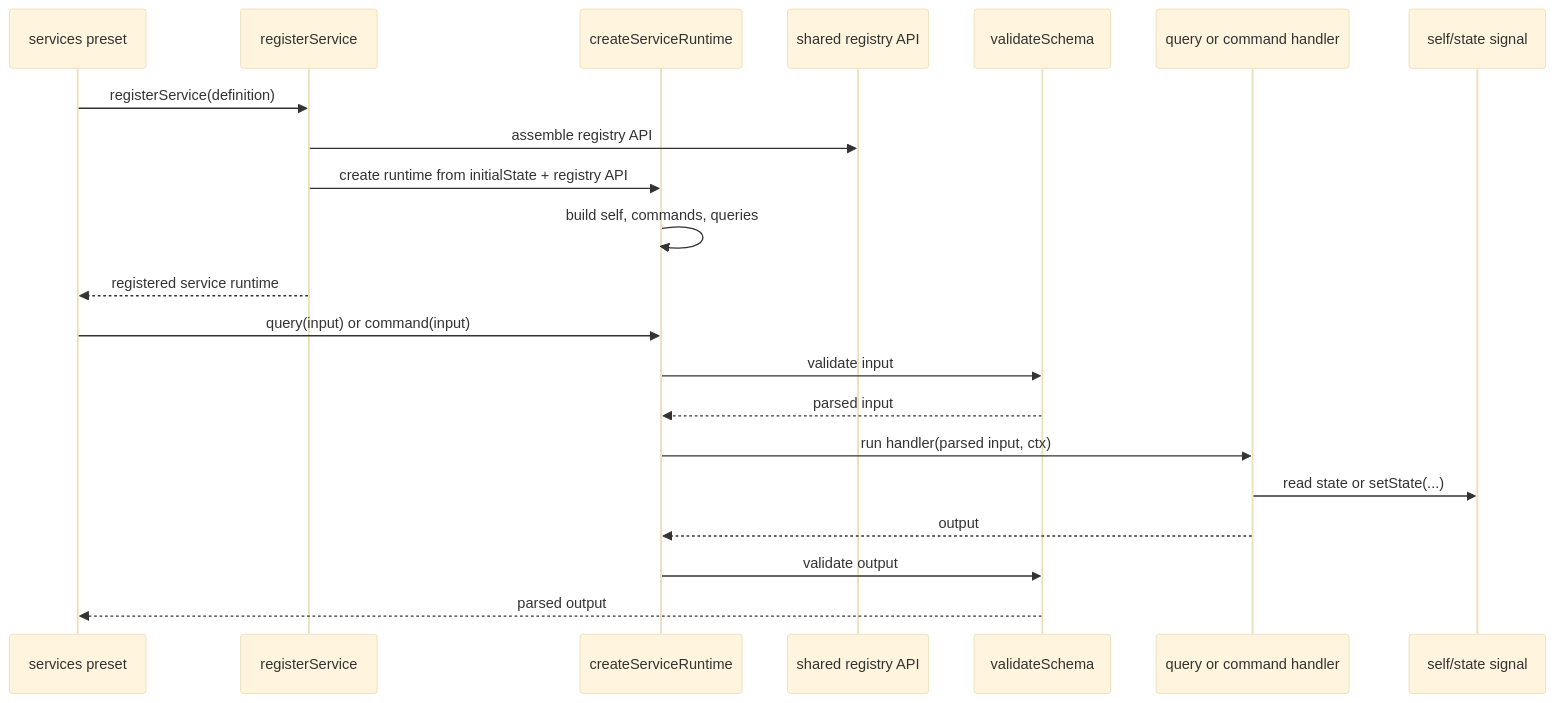
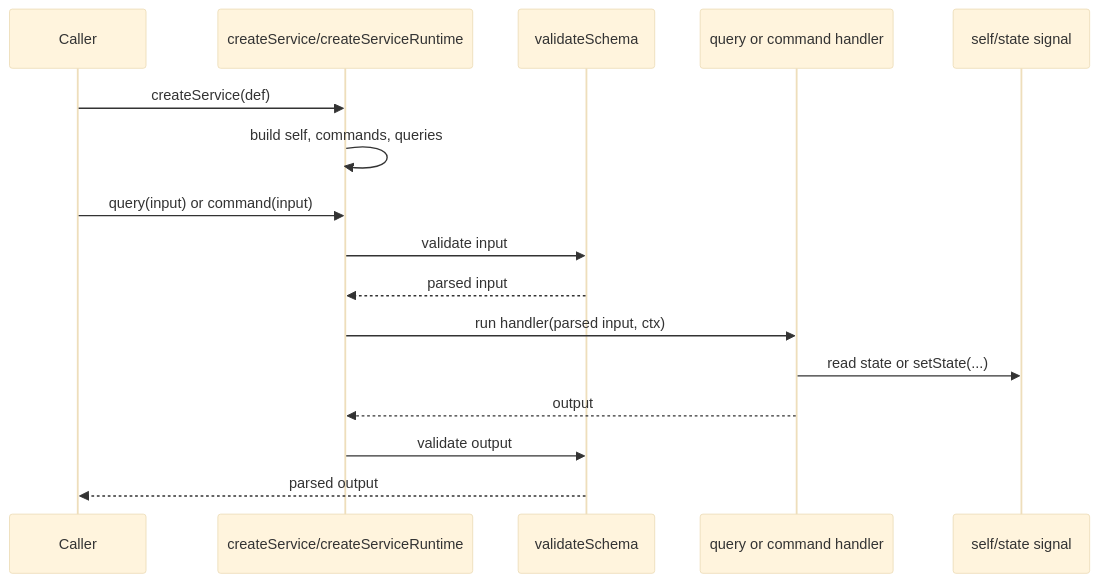
The second of 4 diagrams in code/core/src/shared/open-service/README.md (storybookjs/storybook), drawn with Mermaid (base theme) before and after one commit. The commit also changed other lines of this file and 26 other files, not shown here.

````diff
--- a/code/core/src/shared/open-service/README.md
+++ b/code/core/src/shared/open-service/README.md
@@ -188,24 +150,19 @@
 ```mermaid
 sequenceDiagram
-  participant Preset as services preset
-  participant Registry as registerService
-  participant Runtime as createServiceRuntime
-  participant API as shared registry API
+  participant Caller
+  participant Runtime as createService/createServiceRuntime
   participant Schema as validateSchema
-  participant Handler as query or command handler
+  participant Query as query or command handler
   participant State as self/state signal
 
-  Preset->>Registry: registerService(definition)
-  Registry->>API: assemble registry API
-  Registry->>Runtime: create runtime from initialState + registry API
+  Caller->>Runtime: createService(def)
   Runtime->>Runtime: build self, commands, queries
-  Registry-->>Preset: registered service runtime
-  Preset->>Runtime: query(input) or command(input)
+  Caller->>Runtime: query(input) or command(input)
   Runtime->>Schema: validate input
   Schema-->>Runtime: parsed input
-  Runtime->>Handler: run handler(parsed input, ctx)
-  Handler->>State: read state or setState(...)
-  Handler-->>Runtime: output
+  Runtime->>Query: run handler(parsed input, ctx)
+  Query->>State: read state or setState(...)
+  Query-->>Runtime: output
   Runtime->>Schema: validate output
-  Schema-->>Preset: parsed output
+  Schema-->>Caller: parsed output
 ```
````
